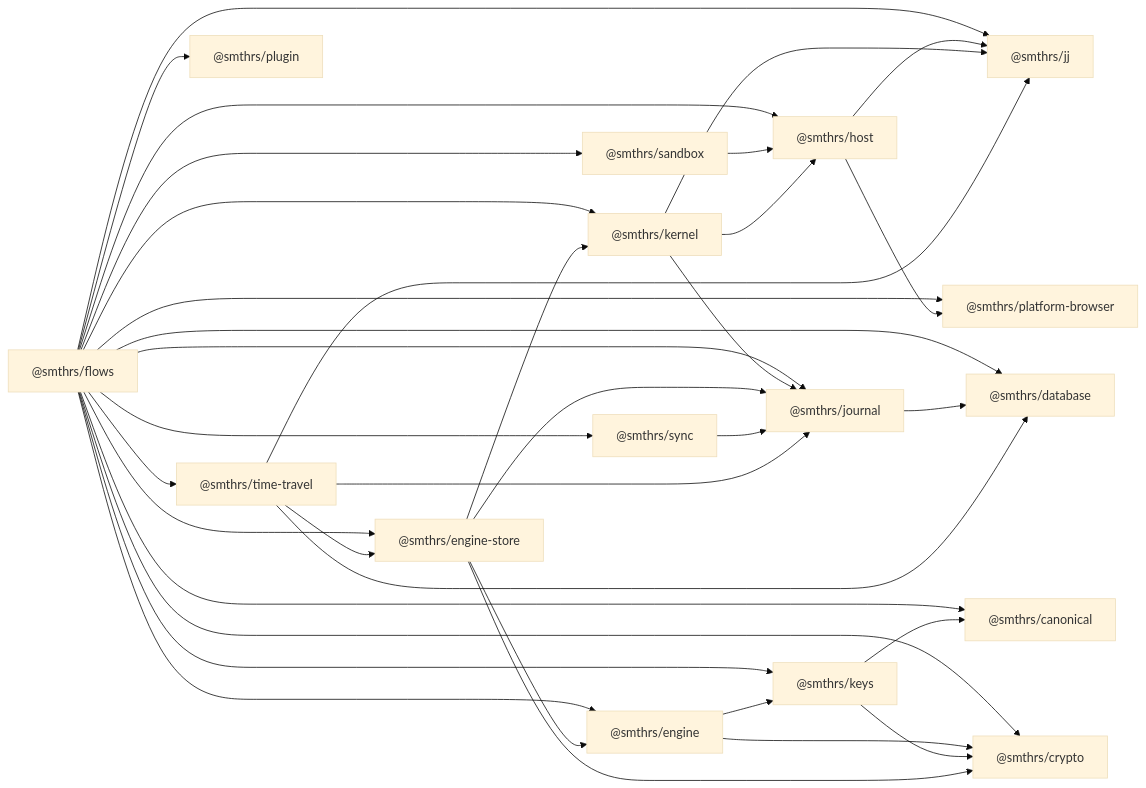
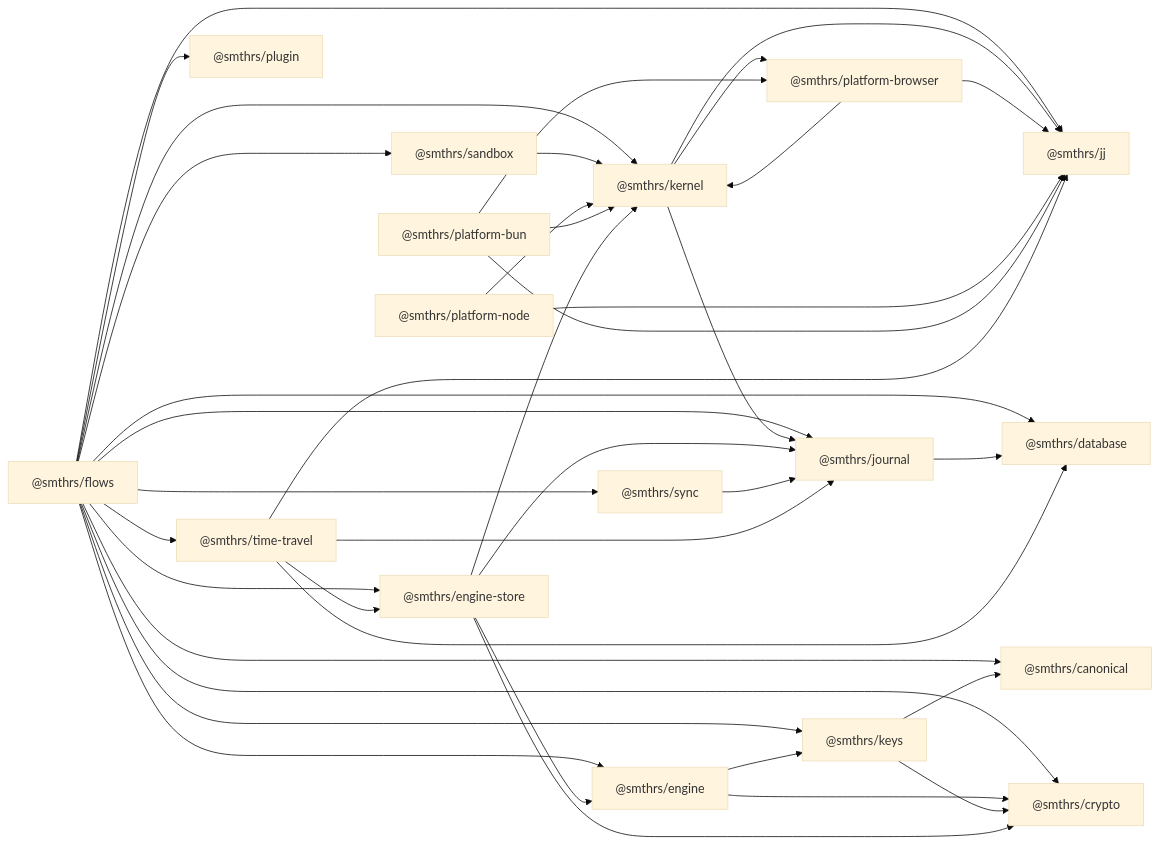
One commit to smithersai/flows changed the diagram in docs/pages/package-structure.md. Above: the diagram before and after it, drawn with Mermaid (base theme). The commit also changed other lines of this file and 41 other files, not shown here.

````diff
--- a/docs/pages/package-structure.md
+++ b/docs/pages/package-structure.md
@@ -45,55 +46,59 @@
 ```mermaid
 flowchart LR
   FLOWS["@smthrs/flows"]
   TT["@smthrs/time-travel"]
   ES["@smthrs/engine-store"]
   SYNC["@smthrs/sync"]
   KERNEL["@smthrs/kernel"]
   ENGINE["@smthrs/engine"]
   JOURNAL["@smthrs/journal"]
   DB["@smthrs/database"]
-  HOST["@smthrs/host"]
   JJ["@smthrs/jj"]
   SANDBOX["@smthrs/sandbox"]
   PB["@smthrs/platform-browser"]
+  PN["@smthrs/platform-node"]
+  PBUN["@smthrs/platform-bun"]
   KEYS["@smthrs/keys"]
   CRYPTO["@smthrs/crypto"]
   CANONICAL["@smthrs/canonical"]
   PLUGIN["@smthrs/plugin"]
 
-  FLOWS --> HOST
   FLOWS --> JJ
   FLOWS --> SANDBOX
-  FLOWS --> PB
   FLOWS --> DB
   FLOWS --> JOURNAL
   FLOWS --> KERNEL
   FLOWS --> KEYS
   FLOWS --> CRYPTO
   FLOWS --> CANONICAL
   FLOWS --> ENGINE
   FLOWS --> ES
   FLOWS --> PLUGIN
   FLOWS --> SYNC
   FLOWS --> TT
   JOURNAL --> DB
-  HOST --> JJ
-  HOST --> PB
-  SANDBOX --> HOST
-  KERNEL --> HOST
+  SANDBOX --> KERNEL
   KERNEL --> JJ
+  KERNEL --> PB
   KERNEL --> JOURNAL
+  PB --> KERNEL
+  PB --> JJ
+  PN --> KERNEL
+  PN --> JJ
+  PBUN --> KERNEL
+  PBUN --> JJ
+  PBUN --> PB
   ENGINE --> KEYS
   ENGINE --> CRYPTO
   KEYS --> CANONICAL
   KEYS --> CRYPTO
   ES --> ENGINE
   ES --> CRYPTO
   ES --> JOURNAL
   ES --> KERNEL
   SYNC --> JOURNAL
   TT --> DB
   TT --> ES
   TT --> JJ
   TT --> JOURNAL
 ```
````
